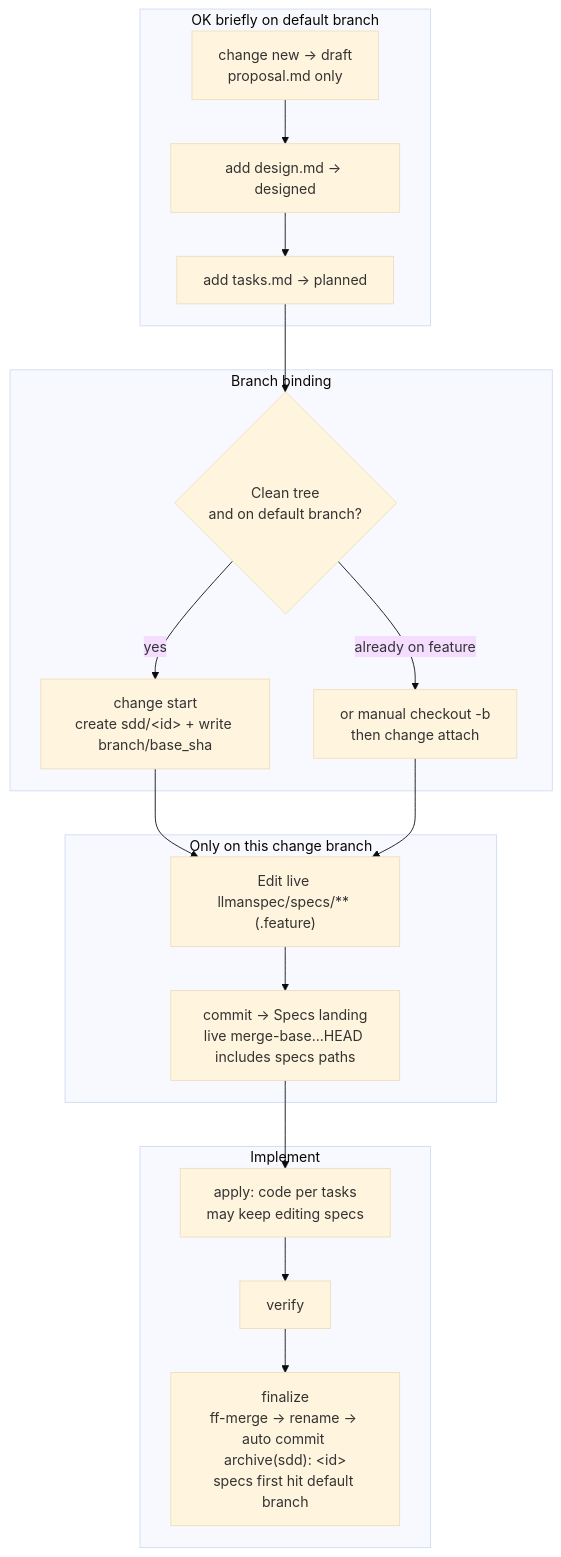
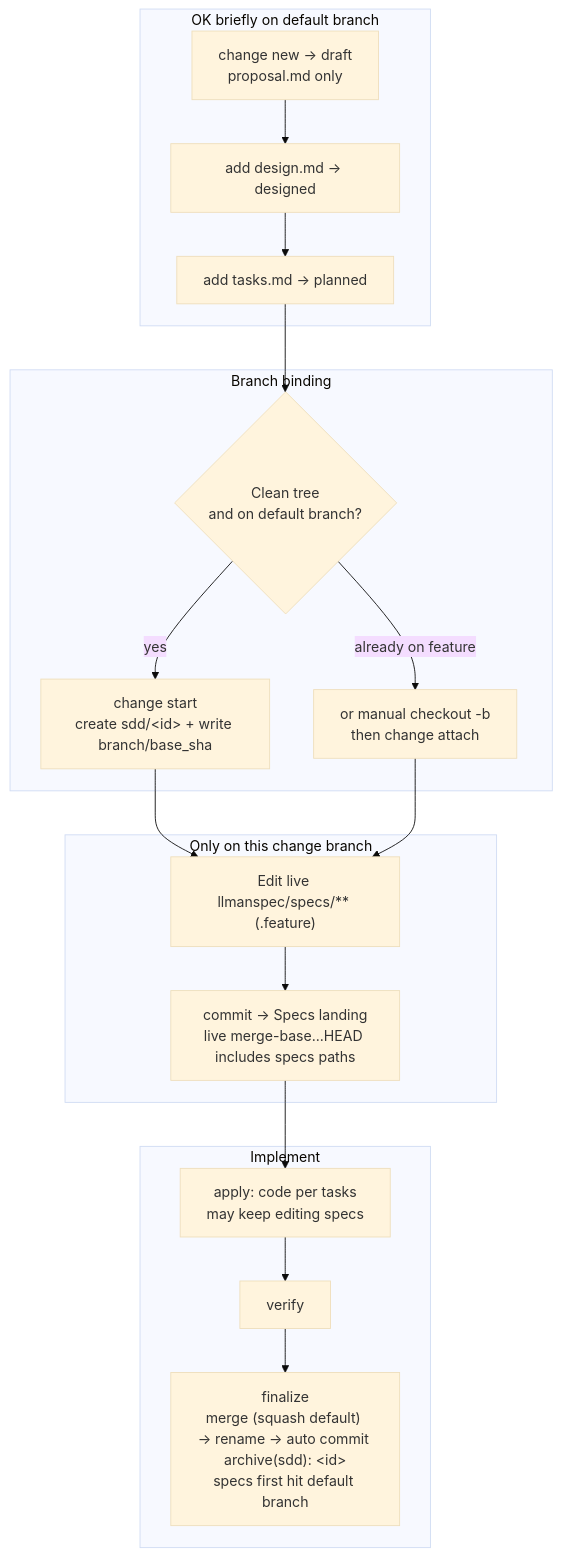
One commit to StrayDragon/llman changed the diagram in crates/llman-sdd/templates/sdd/en/units/skills/git-native-flow.md. Above: the diagram before and after it, drawn with Mermaid (base theme). The commit also changed 25 other files, not shown here.

First line of the commit message:
feat: rework-finalize-merge-semantics & close #19

````diff
--- a/crates/llman-sdd/templates/sdd/en/units/skills/git-native-flow.md
+++ b/crates/llman-sdd/templates/sdd/en/units/skills/git-native-flow.md
@@ -5,30 +5,30 @@
 ```mermaid
 flowchart TB
   subgraph main_ok["OK briefly on default branch"]
     A["change new → draft<br/>proposal.md only"]
     B1["add design.md → designed"]
     B2["add tasks.md → planned"]
   end
 
   subgraph gate_start["Branch binding"]
     C{"Clean tree<br/>and on default branch?"}
     D["change start<br/>create sdd/&lt;id&gt; + write branch/base_sha"]
     E["or manual checkout -b<br/>then change attach"]
   end
 
   subgraph specs_only["Only on this change branch"]
     F["Edit live llmanspec/specs/** (.feature)"]
     G["commit → Specs landing<br/>live merge-base...HEAD includes specs paths"]
   end
 
   subgraph implement["Implement"]
     H["apply: code per tasks<br/>may keep editing specs"]
     I["verify"]
-    J["finalize<br/>ff-merge → rename → auto commit archive(sdd): &lt;id&gt;<br/>specs first hit default branch"]
+    J["finalize<br/>merge (squash default) → rename → auto commit archive(sdd): &lt;id&gt;<br/>specs first hit default branch"]
   end
 
   A --> B1 --> B2 --> C
   C -->|yes| D --> F
   C -->|already on feature| E --> F
   F --> G --> H --> I --> J
 ```
````
